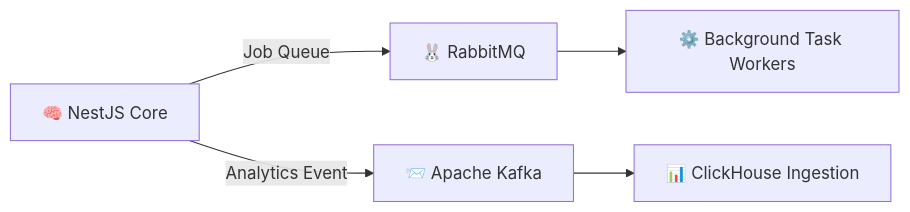
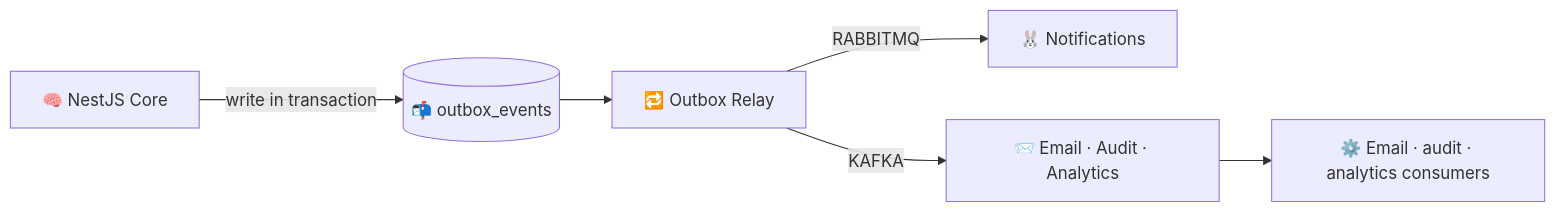
Diagram 14 of 14 in README.md (yavarguliyev/fin_ledger), drawn with Mermaid before and after one commit. The commit also changed other lines of this file and 1747 other files, not shown here.

````diff
--- a/README.md
+++ b/README.md
@@ -702,7 +1069,8 @@
 ```mermaid
 graph LR
-    API[🧠 NestJS Core] -->|Job Queue| Rabbit[🐰 RabbitMQ]
-    API -->|Analytics Event| Kafka[📨 Apache Kafka]
-    Rabbit --> Worker[⚙️ Background Task Workers]
-    Kafka --> StreamConsumer[📊 ClickHouse Ingestion]
+    API[🧠 NestJS Core] -->|"write in transaction"| Outbox[(📬 outbox_events)]
+    Outbox --> Relay[🔁 Outbox Relay]
+    Relay -->|RABBITMQ| Rabbit[🐰 Notifications]
+    Relay -->|KAFKA| Kafka[📨 Email · Audit · Analytics]
+    Kafka --> Consumers[⚙️ Email · audit · analytics consumers]
 ```
````
